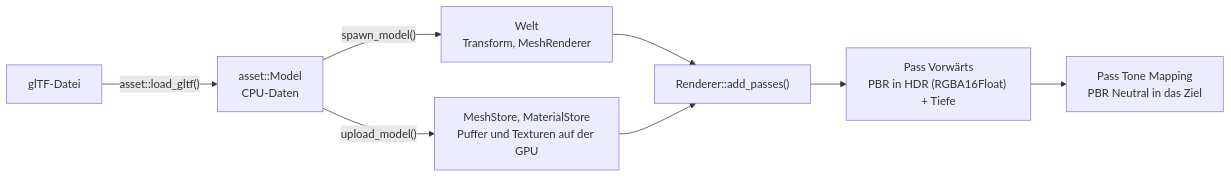
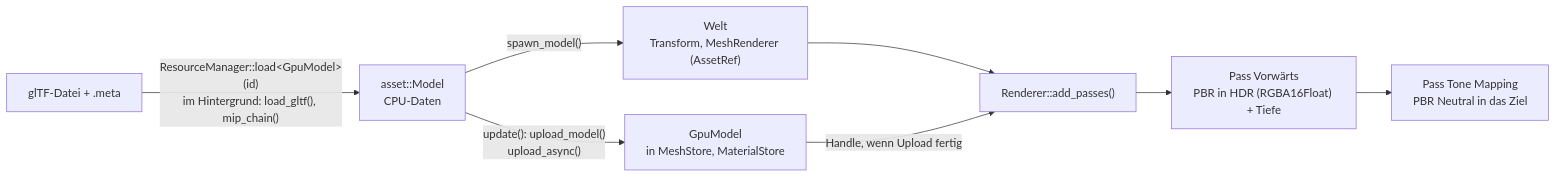
Before and after one commit to viiez/ngine: the sixth of 14 diagrams in docs/architecture.md, drawn with Mermaid. The commit also changed other lines of this file and 77 other files, not shown here.

First line of the commit message:
R2.4: Asset-IDs, Ressourcen-Manager und Hot Reload

````diff
--- a/docs/architecture.md
+++ b/docs/architecture.md
@@ -206,10 +211,10 @@
 ```mermaid
 flowchart LR
-    gltf["glTF-Datei"] -->|"asset::load_gltf()"| model["asset::Model<br/>CPU-Daten"]
-    model -->|"upload_model()"| stores["MeshStore, MaterialStore<br/>Puffer und Texturen auf der GPU"]
-    model -->|"spawn_model()"| world["Welt<br/>Transform, MeshRenderer"]
+    gltf["glTF-Datei + .meta"] -->|"ResourceManager::load&lt;GpuModel&gt;(id)<br/>im Hintergrund: load_gltf(), mip_chain()"| model["asset::Model<br/>CPU-Daten"]
+    model -->|"update(): upload_model()<br/>upload_async()"| stores["GpuModel<br/>in MeshStore, MaterialStore"]
+    model -->|"spawn_model()"| world["Welt<br/>Transform, MeshRenderer (AssetRef)"]
     world --> renderer["Renderer::add_passes()"]
-    stores --> renderer
+    stores -->|"Handle, wenn Upload fertig"| renderer
     renderer --> fwd["Pass Vorwärts<br/>PBR in HDR (RGBA16Float) + Tiefe"]
     fwd --> tone["Pass Tone Mapping<br/>PBR Neutral in das Ziel"]
 ```
````
